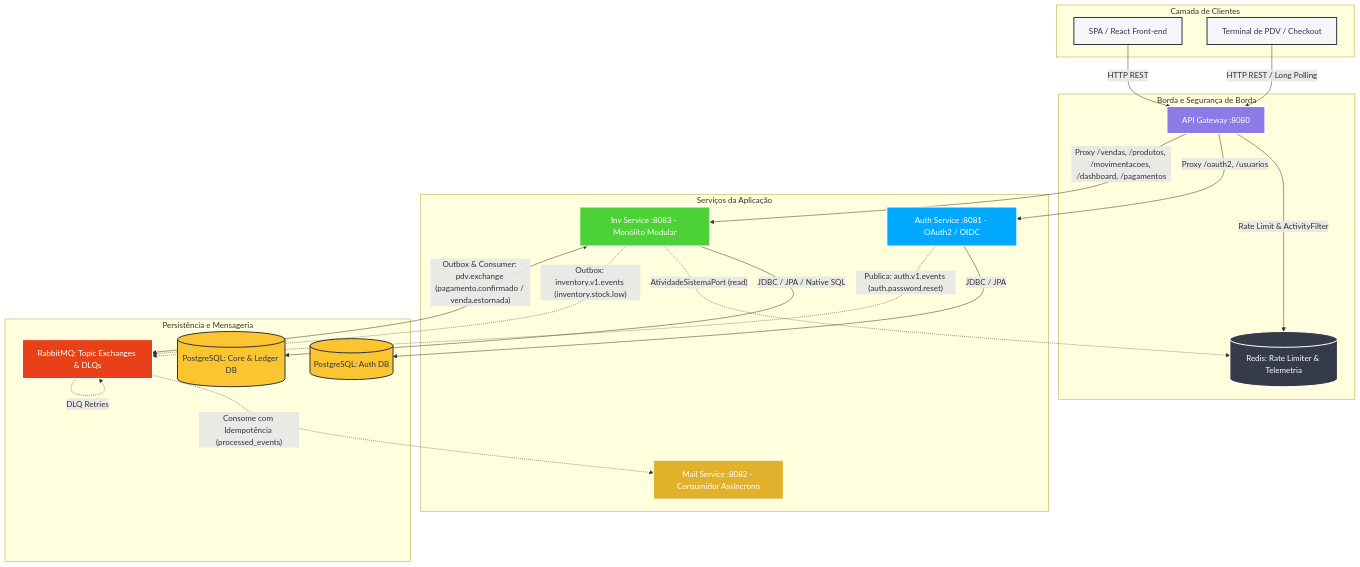
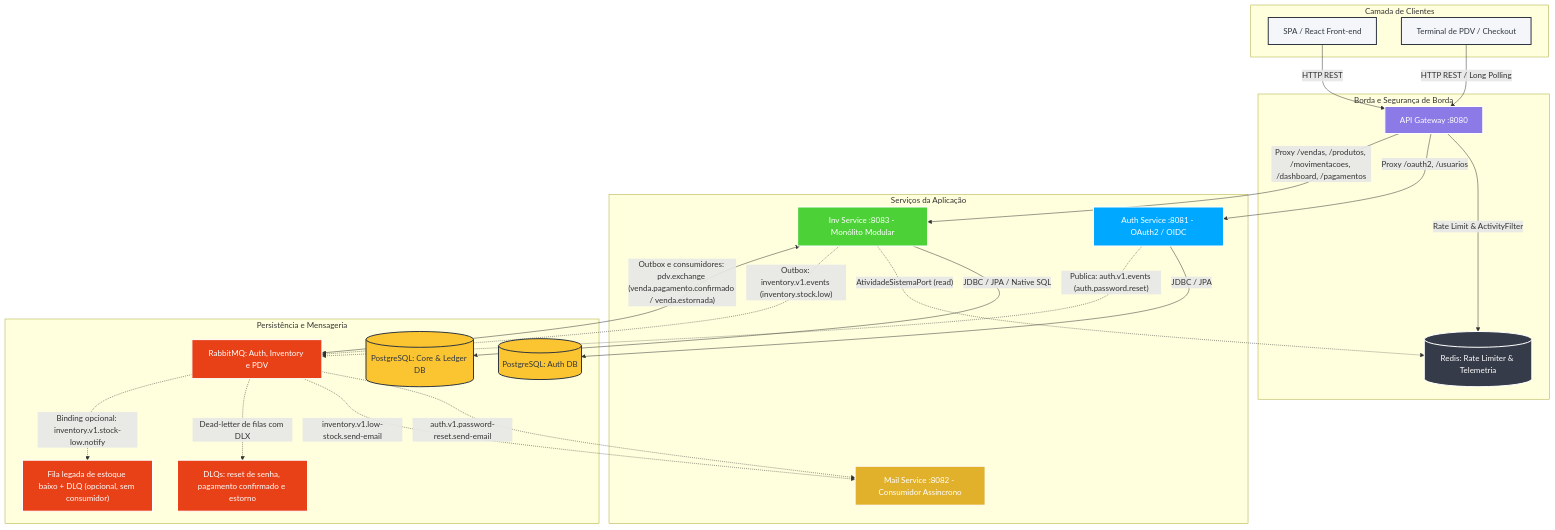
One commit to iXDGabrielTK/petshop-microservices changed the first of 4 diagrams in docs/architecture/system-overview.md. Above: the diagram before and after it, drawn with Mermaid. The commit also changed other lines of this file, not shown here.

Commit message:
docs(architecture): descreve o fluxo da outbox e o ciclo de testes

````diff
--- a/docs/architecture/system-overview.md
+++ b/docs/architecture/system-overview.md
@@ -9,58 +9,62 @@
 ```mermaid
 graph TD
 
 %% --- Estilos de Nós ---
     classDef client fill:#f5f6fa,stroke:#2f3640,stroke-width:2px,color:#2f3640;
     classDef gateway fill:#8c7ae6,stroke:#fff,stroke-width:2px,color:#fff;
     classDef authService fill:#00a8ff,stroke:#fff,stroke-width:2px,color:#fff;
     classDef coreService fill:#4cd137,stroke:#fff,stroke-width:2px,color:#fff;
     classDef mailService fill:#e1b12c,stroke:#fff,stroke-width:2px,color:#fff;
     classDef infra fill:#353b48,stroke:#fff,stroke-width:2px,color:#fff;
     classDef database fill:#fbc531,stroke:#2f3640,stroke-width:2px,color:#2f3640;
     classDef broker fill:#e84118,stroke:#fff,stroke-width:2px,color:#fff;
 
 %% --- Camada de Clientes ---
     subgraph Clients [Camada de Clientes]
         Browser["SPA / React Front-end"]:::client
         PDV["Terminal de PDV / Checkout"]:::client
     end
 
 %% --- Edge / Borda ---
     subgraph EdgeLayer [Borda e Segurança de Borda]
         Gateway["API Gateway :8080"]:::gateway
         Redis[("Redis: Rate Limiter & Telemetria")]:::infra
     end
 
 %% --- Cluster de Microsserviços ---
     subgraph Services [Serviços da Aplicação]
         Auth["Auth Service :8081 - OAuth2 / OIDC"]:::authService
         Inv["Inv Service :8083 - Monólito Modular"]:::coreService
         Mail["Mail Service :8082 - Consumidor Assíncrono"]:::mailService
     end
 
 %% --- Persistência e Mensageria ---
     subgraph PersistenceLayer [Persistência e Mensageria]
         AuthDB[("PostgreSQL: Auth DB")]:::database
         InvDB[("PostgreSQL: Core & Ledger DB")]:::database
-        RabbitMQ["RabbitMQ: Topic Exchanges & DLQs"]:::broker
+        RabbitMQ["RabbitMQ: Auth, Inventory e PDV"]:::broker
+        DLQ["DLQs: reset de senha, pagamento confirmado e estorno"]:::broker
+        Legacy["Fila legada de estoque baixo + DLQ (opcional, sem consumidor)"]:::broker
     end
 
 %% --- Conexões Síncronas (HTTP) ---
     Browser -->|"HTTP REST"| Gateway
     PDV -->|"HTTP REST / Long Polling"| Gateway
     Gateway -->|"Rate Limit & ActivityFilter"| Redis
     Gateway -->|"Proxy /oauth2, /usuarios"| Auth
     Gateway -->|"Proxy /vendas, /produtos, /movimentacoes, /dashboard, /pagamentos"| Inv
 
     Auth -->|"JDBC / JPA"| AuthDB
     Inv -->|"JDBC / JPA / Native SQL"| InvDB
     Inv -.->|"AtividadeSistemaPort (read)"| Redis
 
 %% --- Conexões Assíncronas (AMQP) ---
     Auth -.->|"Publica: auth.v1.events (auth.password.reset)"| RabbitMQ
     Inv -.->|"Outbox: inventory.v1.events (inventory.stock.low)"| RabbitMQ
-    Inv <-->|"Outbox & Consumer: pdv.exchange (pagamento.confirmado / venda.estornada)"| RabbitMQ
+    Inv <-->|"Outbox e consumidores: pdv.exchange (venda.pagamento.confirmado / venda.estornada)"| RabbitMQ
 
-    RabbitMQ -.->|"Consome com Idempotência (processed_events)"| Mail
-    RabbitMQ -.->|"DLQ Retries"| RabbitMQ
+    RabbitMQ -.->|"auth.v1.password-reset.send-email"| Mail
+    RabbitMQ -.->|"inventory.v1.low-stock.send-email"| Mail
+    RabbitMQ -.->|"Dead-letter de filas com DLX"| DLQ
+    RabbitMQ -.->|"Binding opcional: inventory.v1.stock-low.notify"| Legacy
 ```
````
